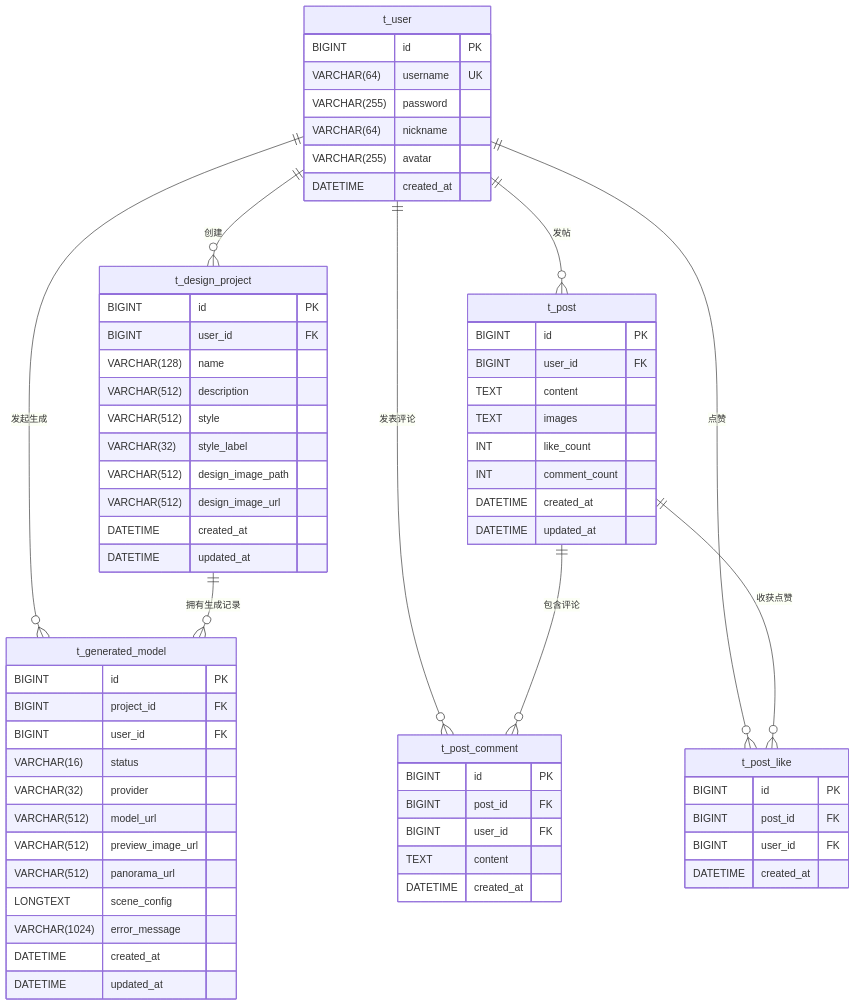
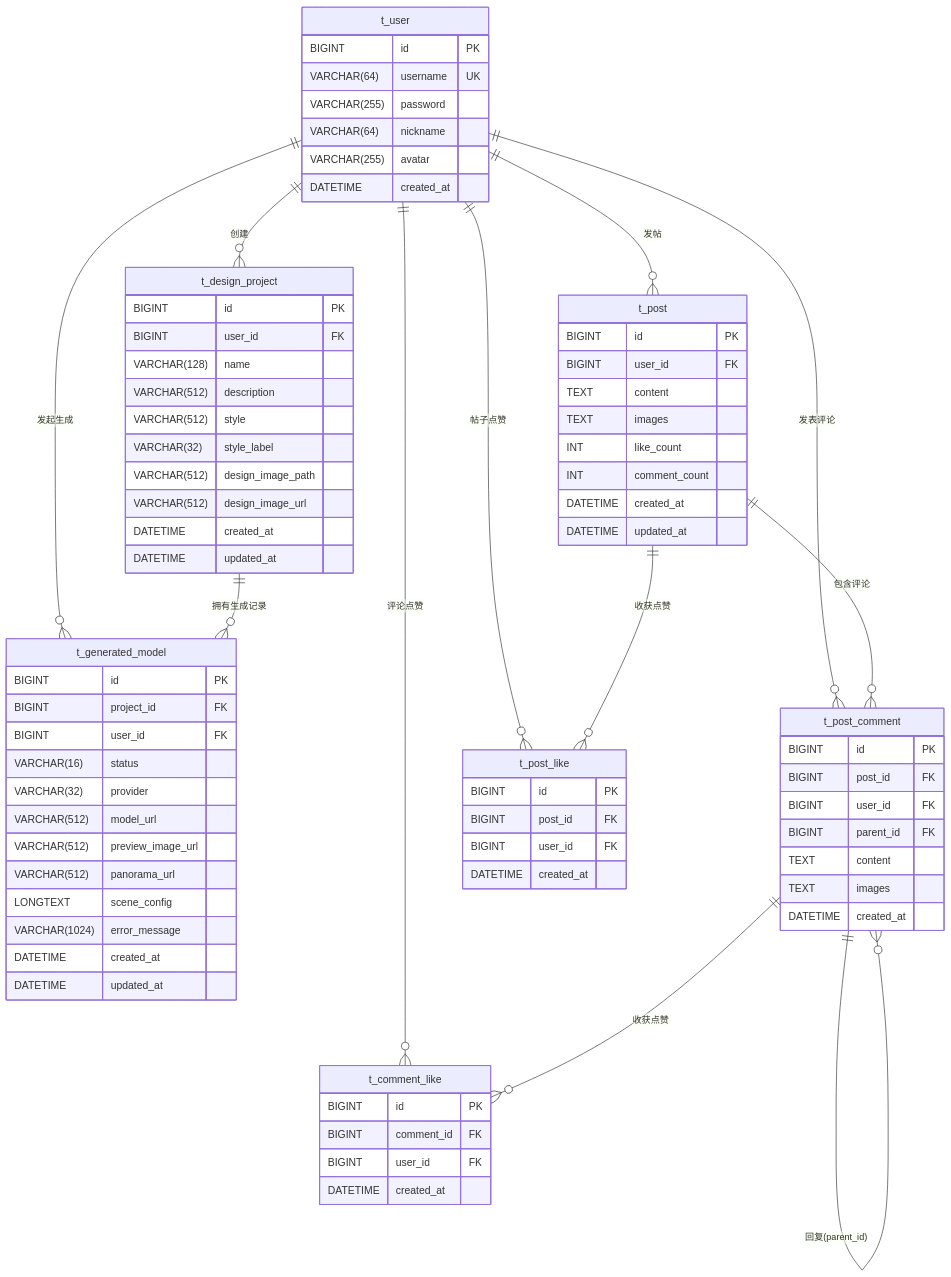
Before and after one commit to 6myname6/house-design: the diagram in docs/数据库设计.md, drawn with Mermaid. The commit also changed other lines of this file and 17 other files, not shown here.

````diff
--- a/docs/数据库设计.md
+++ b/docs/数据库设计.md
@@ -114,10 +132,13 @@
     t_user ||--o{ t_generated_model : "发起生成"
     t_user ||--o{ t_post : "发帖"
     t_user ||--o{ t_post_comment : "发表评论"
-    t_user ||--o{ t_post_like : "点赞"
+    t_user ||--o{ t_post_like : "帖子点赞"
+    t_user ||--o{ t_comment_like : "评论点赞"
     t_design_project ||--o{ t_generated_model : "拥有生成记录"
     t_post ||--o{ t_post_comment : "包含评论"
     t_post ||--o{ t_post_like : "收获点赞"
+    t_post_comment ||--o{ t_comment_like : "收获点赞"
+    t_post_comment ||--o{ t_post_comment : "回复(parent_id)"
 
     t_user {
         BIGINT id PK
@@ -171,7 +192,9 @@
         BIGINT id PK
         BIGINT post_id FK
         BIGINT user_id FK
+        BIGINT parent_id FK
         TEXT content
+        TEXT images
         DATETIME created_at
     }
 
@@ -181,4 +204,11 @@
         BIGINT user_id FK
         DATETIME created_at
     }
+
+    t_comment_like {
+        BIGINT id PK
+        BIGINT comment_id FK
+        BIGINT user_id FK
+        DATETIME created_at
+    }
 ```
````
